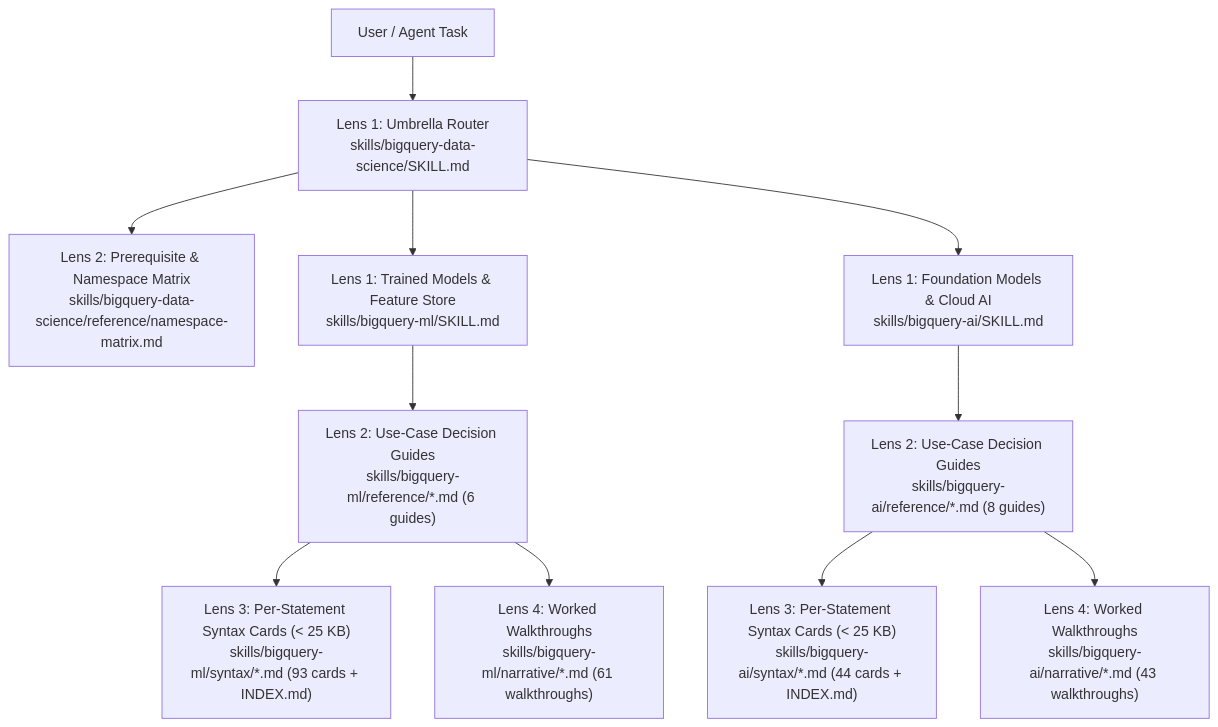
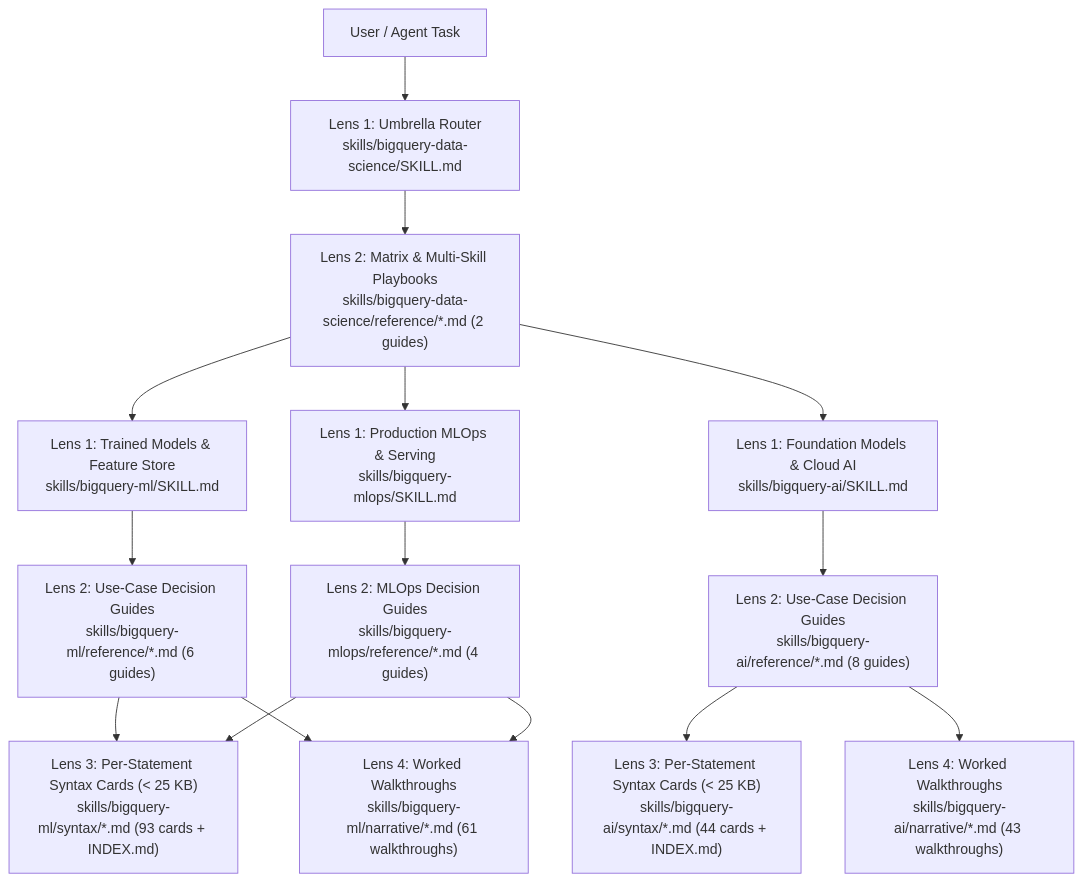
One commit to statmike/bigquery-data-science changed the diagram in skills/PLANS.md. Above: the diagram before and after it, drawn with Mermaid. The commit also changed other lines of this file and 37 other files, not shown here.

Commit message:
feat(v0.10.0): add 4th skill bigquery-mlops, multi-skill ML+AI playbooks, and 7-stage navigator (P5.1-P5.5)

````diff
--- a/skills/PLANS.md
+++ b/skills/PLANS.md
@@ -16,16 +16,20 @@
 ```mermaid
 flowchart TD
     User["User / Agent Task"] --> L1_Router["Lens 1: Umbrella Router<br/>skills/bigquery-data-science/SKILL.md"]
-    L1_Router --> Matrix["Lens 2: Prerequisite & Namespace Matrix<br/>skills/bigquery-data-science/reference/namespace-matrix.md"]
-    L1_Router --> L1_ML["Lens 1: Trained Models & Feature Store<br/>skills/bigquery-ml/SKILL.md"]
-    L1_Router --> L1_AI["Lens 1: Foundation Models & Cloud AI<br/>skills/bigquery-ai/SKILL.md"]
+    L1_Router --> Matrix["Lens 2: Matrix & Multi-Skill Playbooks<br/>skills/bigquery-data-science/reference/*.md (2 guides)"]
+    Matrix --> L1_ML["Lens 1: Trained Models & Feature Store<br/>skills/bigquery-ml/SKILL.md"]
+    Matrix --> L1_AI["Lens 1: Foundation Models & Cloud AI<br/>skills/bigquery-ai/SKILL.md"]
+    Matrix --> L1_MLOPS["Lens 1: Production MLOps & Serving<br/>skills/bigquery-mlops/SKILL.md"]
 
     L1_ML --> L2_ML["Lens 2: Use-Case Decision Guides<br/>skills/bigquery-ml/reference/*.md (6 guides)"]
     L1_AI --> L2_AI["Lens 2: Use-Case Decision Guides<br/>skills/bigquery-ai/reference/*.md (8 guides)"]
+    L1_MLOPS --> L2_MLOPS["Lens 2: MLOps Decision Guides<br/>skills/bigquery-mlops/reference/*.md (4 guides)"]
 
     L2_ML --> L3_ML["Lens 3: Per-Statement Syntax Cards (< 25 KB)<br/>skills/bigquery-ml/syntax/*.md (93 cards + INDEX.md)"]
     L2_AI --> L3_AI["Lens 3: Per-Statement Syntax Cards (< 25 KB)<br/>skills/bigquery-ai/syntax/*.md (44 cards + INDEX.md)"]
+    L2_MLOPS --> L3_ML
 
     L2_ML --> L4_ML["Lens 4: Worked Walkthroughs<br/>skills/bigquery-ml/narrative/*.md (61 walkthroughs)"]
     L2_AI --> L4_AI["Lens 4: Worked Walkthroughs<br/>skills/bigquery-ai/narrative/*.md (43 walkthroughs)"]
+    L2_MLOPS --> L4_ML
 ```
````
